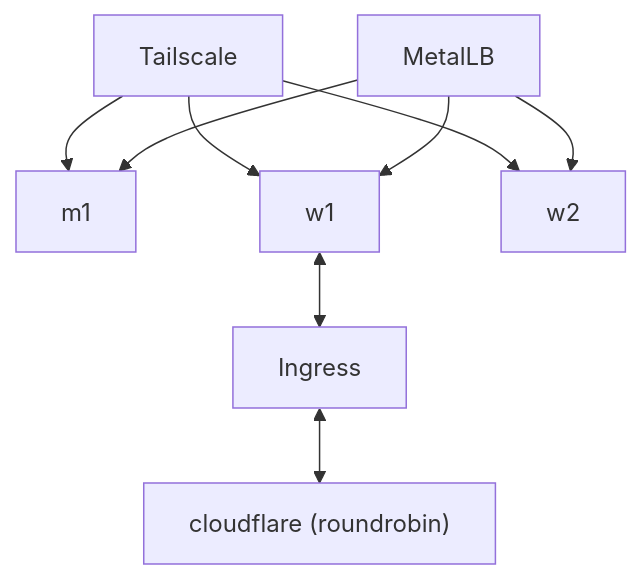
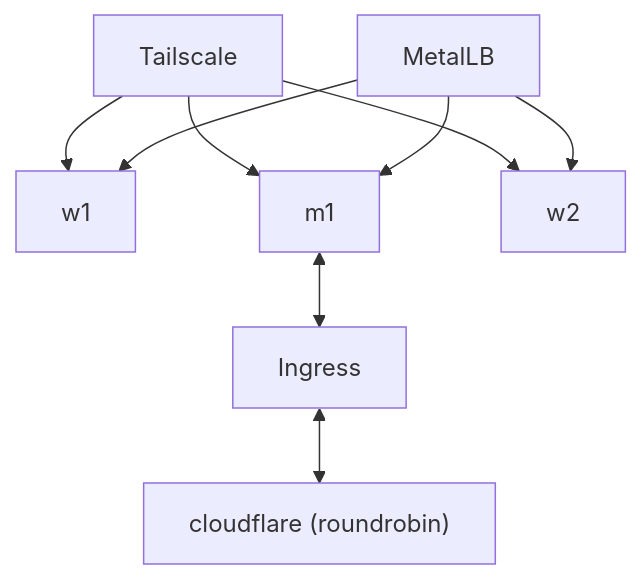
The diagram in README.md (mt190502/k8s), drawn with Mermaid before and after one commit. The commit also changed other lines of this file and 1 other file, not shown here.

Commit message:
update: revise hardware specifications and locations in README, and update kustomization resources

````diff
--- a/README.md
+++ b/README.md
@@ -33,13 +33,13 @@
 ```mermaid
 graph TD;
+    Tailscale-->w1
     Tailscale-->m1
-    Tailscale-->w1
     Tailscale-->w2
+    MetalLB-->w1
     MetalLB-->m1
-    MetalLB-->w1
     MetalLB-->w2
-    m1
-    w1<-->Ingress
+    w1
+    m1<-->Ingress
     w2
     Ingress<-->cloudflare["cloudflare (roundrobin)"]
 ```
````
